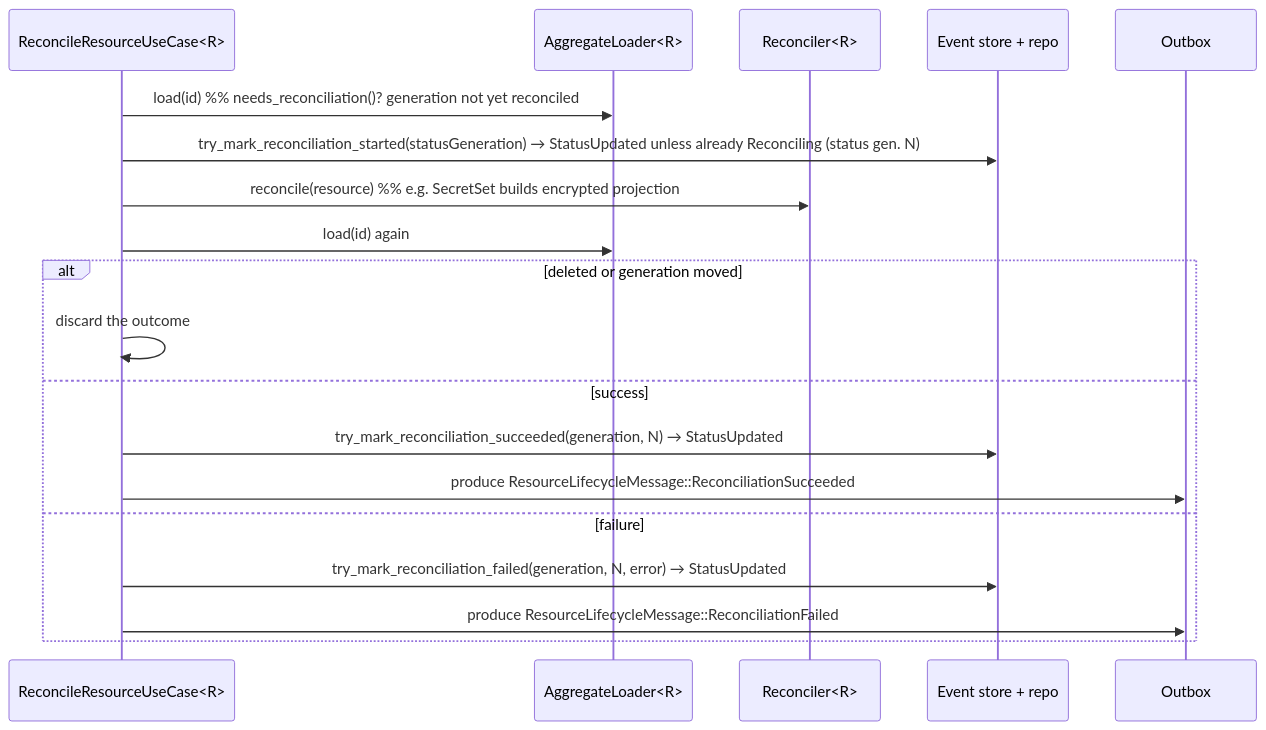
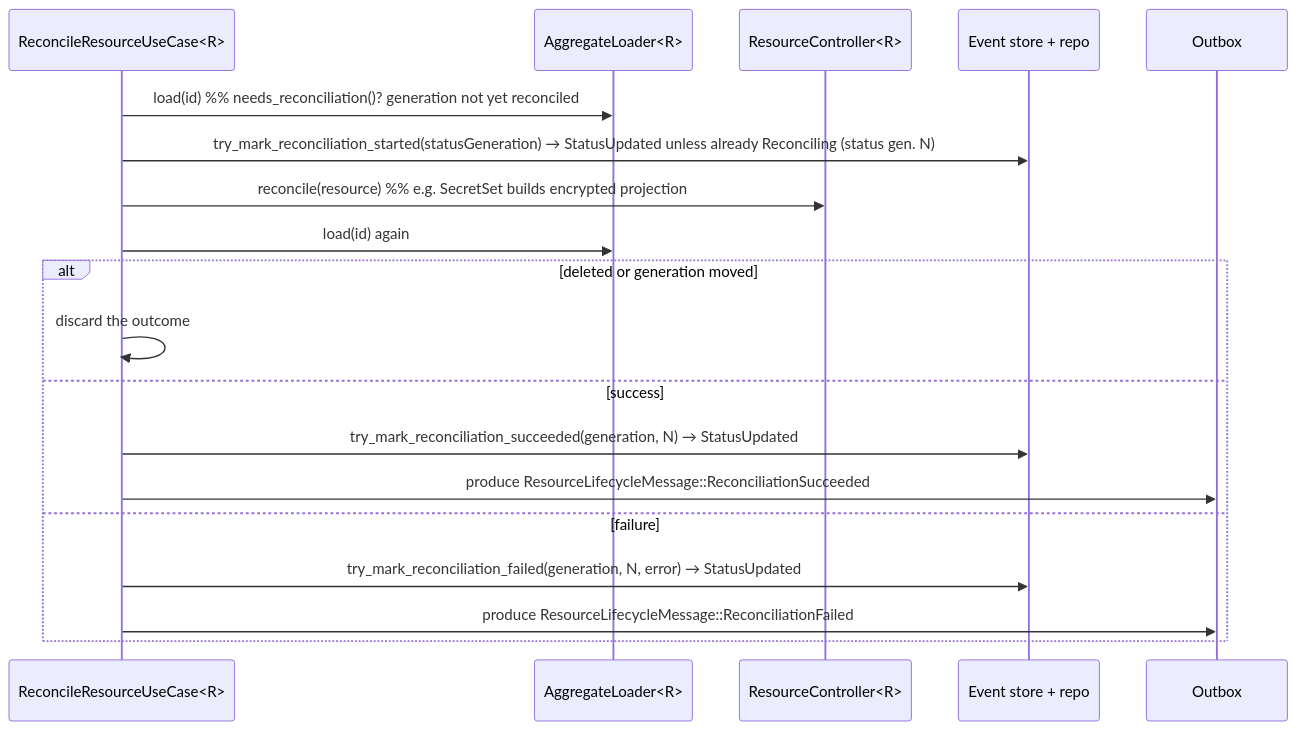
The third of 5 diagrams in docs/internal/resources-framework.md (kamu-data/kamu-cli), drawn with Mermaid before and after one commit. The commit also changed other lines of this file and 53 other files, not shown here.

Commit message:
Resources: rename Reconciler to ResourceController and delete use cases to request deletion

````diff
--- a/docs/internal/resources-framework.md
+++ b/docs/internal/resources-framework.md
@@ -1259,22 +1259,22 @@
 ```mermaid
 sequenceDiagram
     participant UC as ReconcileResourceUseCase<R>
     participant L as AggregateLoader<R>
-    participant Rec as Reconciler<R>
+    participant Ctl as ResourceController<R>
     participant ST as Event store + repo
     participant OB as Outbox
 
     UC->>L: load(id)  %% needs_reconciliation()? generation not yet reconciled
     UC->>ST: try_mark_reconciliation_started(statusGeneration) → StatusUpdated unless already Reconciling (status gen. N)
-    UC->>Rec: reconcile(resource)  %% e.g. SecretSet builds encrypted projection
+    UC->>Ctl: reconcile(resource)  %% e.g. SecretSet builds encrypted projection
     UC->>L: load(id) again
     alt deleted or generation moved
         UC->>UC: discard the outcome
     else success
         UC->>ST: try_mark_reconciliation_succeeded(generation, N) → StatusUpdated
         UC->>OB: produce ResourceLifecycleMessage::ReconciliationSucceeded
     else failure
         UC->>ST: try_mark_reconciliation_failed(generation, N, error) → StatusUpdated
         UC->>OB: produce ResourceLifecycleMessage::ReconciliationFailed
     end
 ```
````
